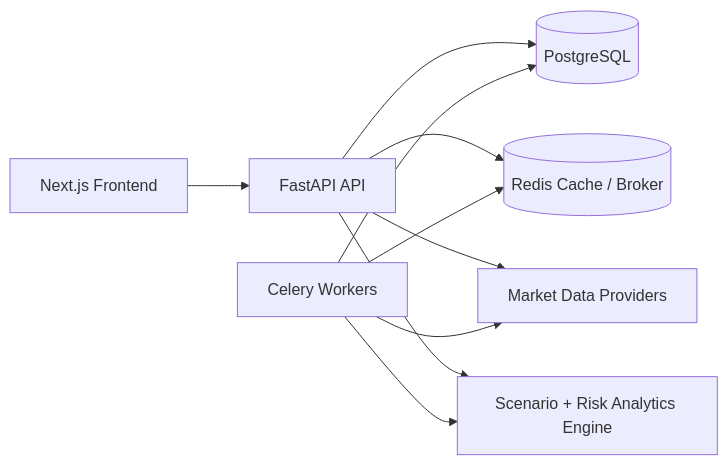
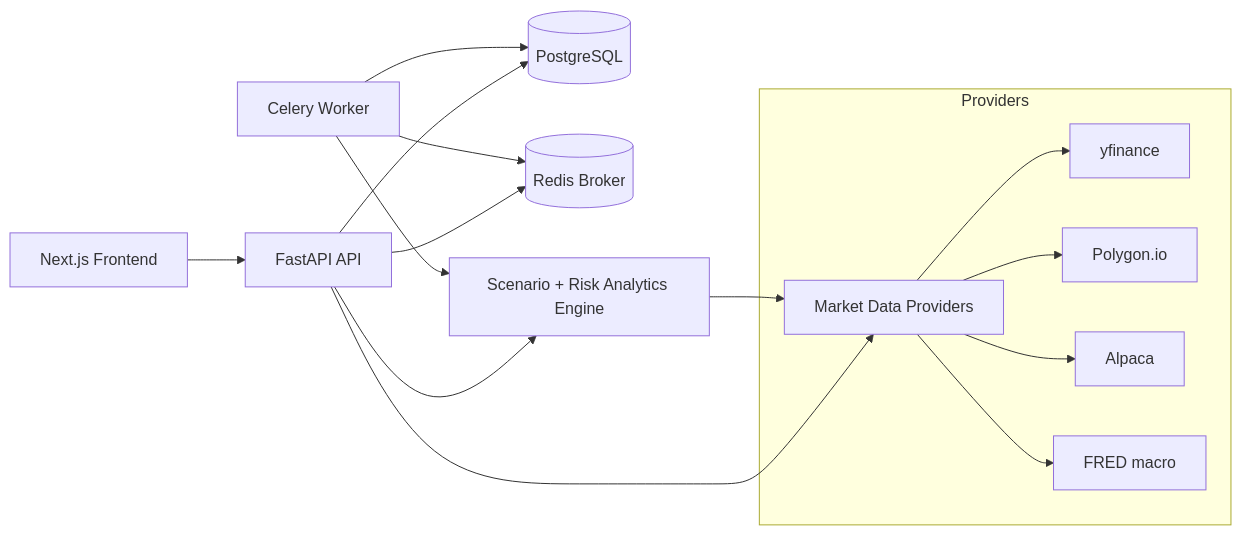
The diagram in README.md (pablofabrega/stress-engine), drawn with Mermaid before and after one commit. The commit also changed other lines of this file and 1 other file, not shown here.

````diff
--- a/README.md
+++ b/README.md
@@ -9,12 +15,18 @@
 ```mermaid
 flowchart LR
     UI[Next.js Frontend] --> API[FastAPI API]
     API --> PG[(PostgreSQL)]
-    API --> REDIS[(Redis Cache / Broker)]
+    API --> REDIS[(Redis Broker)]
     API --> DATA[Market Data Providers]
-    WORKER[Celery Workers] --> REDIS
+    API --> ANALYTICS[Scenario + Risk Analytics Engine]
+    WORKER[Celery Worker] --> REDIS
     WORKER --> PG
-    WORKER --> DATA
-    API --> ANALYTICS[Scenario + Risk Analytics Engine]
     WORKER --> ANALYTICS
+    ANALYTICS --> DATA
+    subgraph Providers
+      DATA --> YF[yfinance]
+      DATA --> POLY[Polygon.io]
+      DATA --> ALP[Alpaca]
+      DATA --> FRED[FRED macro]
+    end
 ```
````
